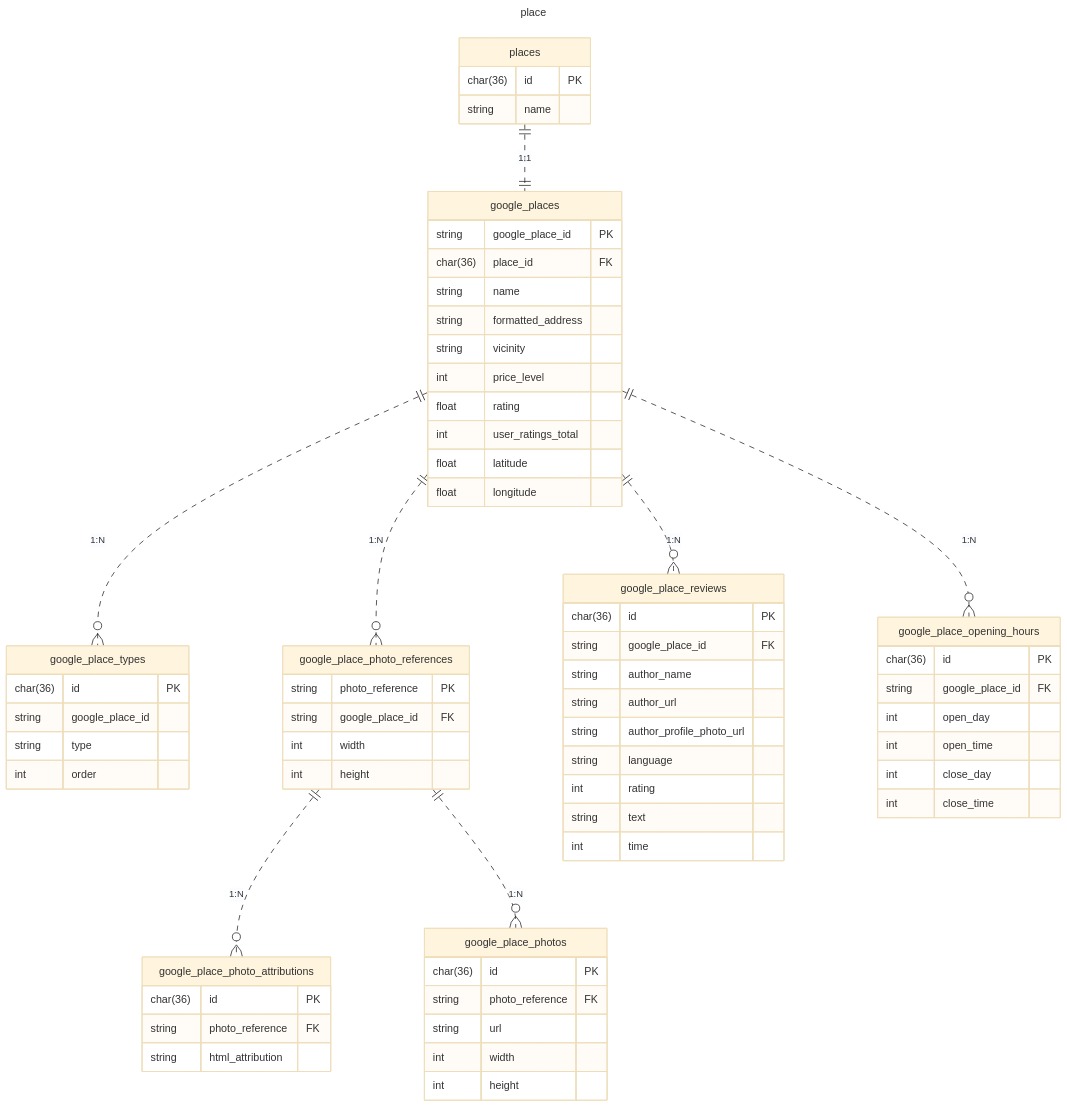
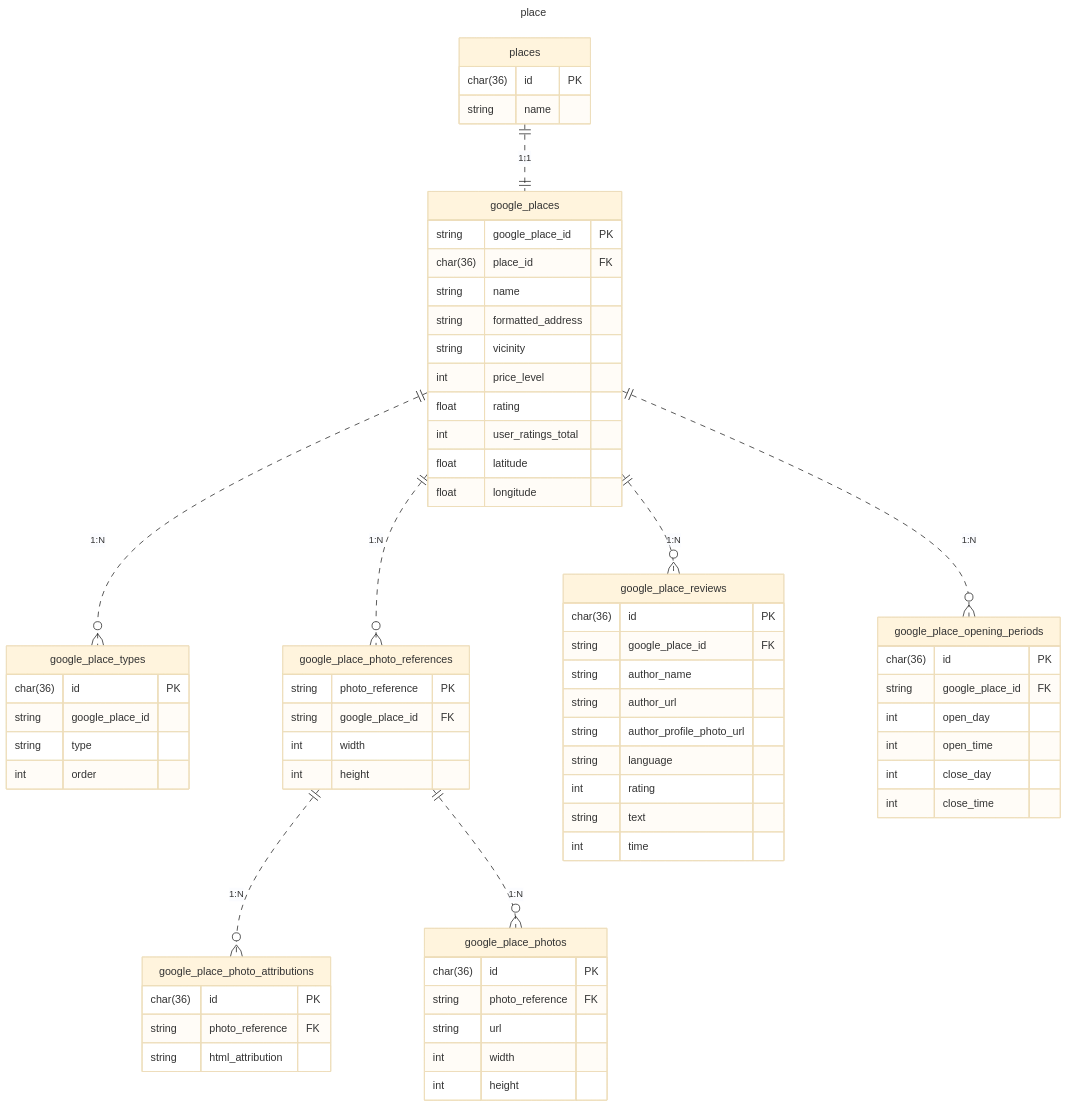
Before and after one commit to poroto-app/planner: the second of 2 diagrams in doc/database/er.md, drawn with Mermaid (base theme). The commit also changed 1 other file, not shown here.

Commit message:
feat(db): テーブル名を修正

````diff
--- a/doc/database/er.md
+++ b/doc/database/er.md
@@ -19,80 +19,80 @@
 ```mermaid
 ---
 title: place
 ---
 erDiagram
     places {
         char(36) id PK
         string name
     }
 
     google_places {
         string google_place_id PK
         char(36) place_id FK
         string name
         string formatted_address
         string vicinity
         int price_level
         float rating
         int user_ratings_total
         float latitude
         float longitude
     }
 
     google_place_types {
         char(36) id PK
         string google_place_id
         string type
         int order
     }
 
     google_place_photo_references {
         string photo_reference PK
         string google_place_id FK
         int width
         int height
     }
 
     google_place_photos {
         char(36) id PK
         string photo_reference FK
         string url
         int width
         int height
     }
 
     google_place_photo_attributions {
         char(36) id PK
         string photo_reference FK
         string html_attribution
     }
 
     google_place_reviews {
         char(36) id PK
         string google_place_id FK
         string author_name
         string author_url
         string author_profile_photo_url
         string language
         int rating
         string text
         int time
     }
 
-    google_place_opening_hours {
+    google_place_opening_periods {
         char(36) id PK
         string google_place_id FK
         int open_day
         int open_time
         int close_day
         int close_time
     }
 
     places ||..|| google_places: "1:1"
     google_places ||..o{ google_place_types: "1:N"
     google_places ||..o{ google_place_photo_references: "1:N"
-    google_places ||..o{ google_place_opening_hours: "1:N"
+    google_places ||..o{ google_place_opening_periods: "1:N"
     google_place_photo_references ||..o{ google_place_photo_attributions: "1:N"
     google_place_photo_references ||..o{ google_place_photos: "1:N"
     google_places ||..o{ google_place_reviews: "1:N"
 ```
````
